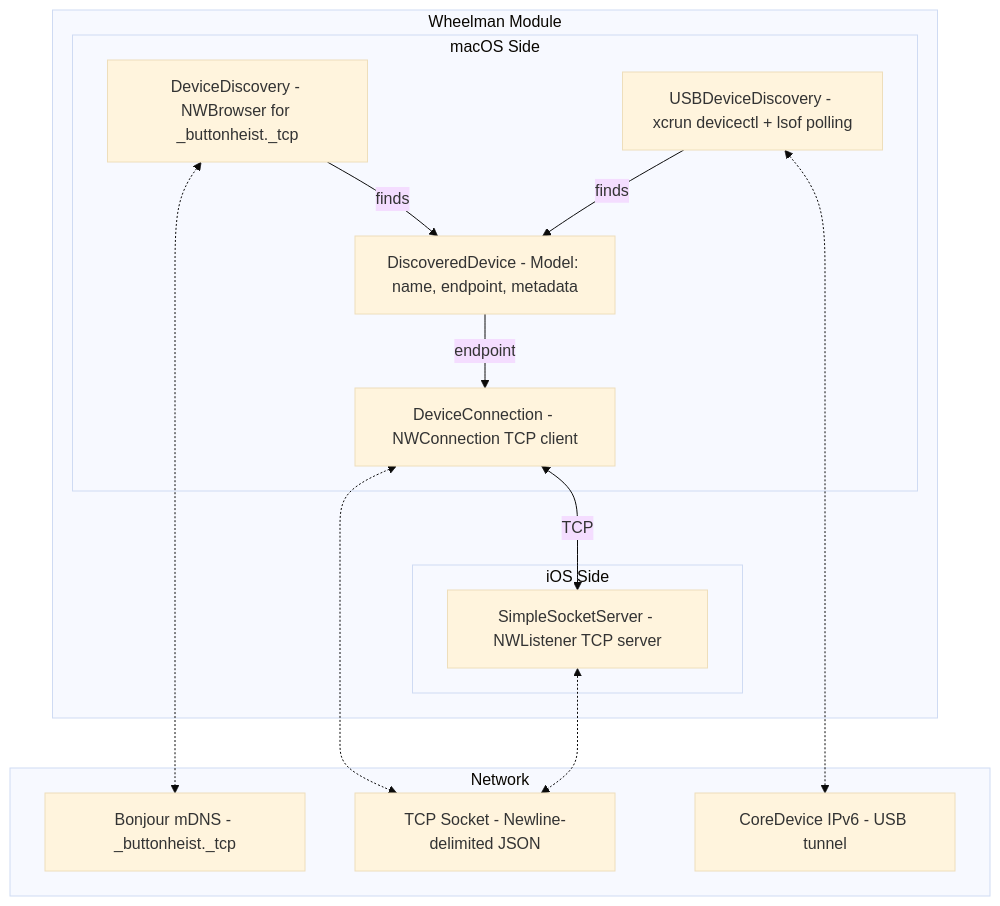
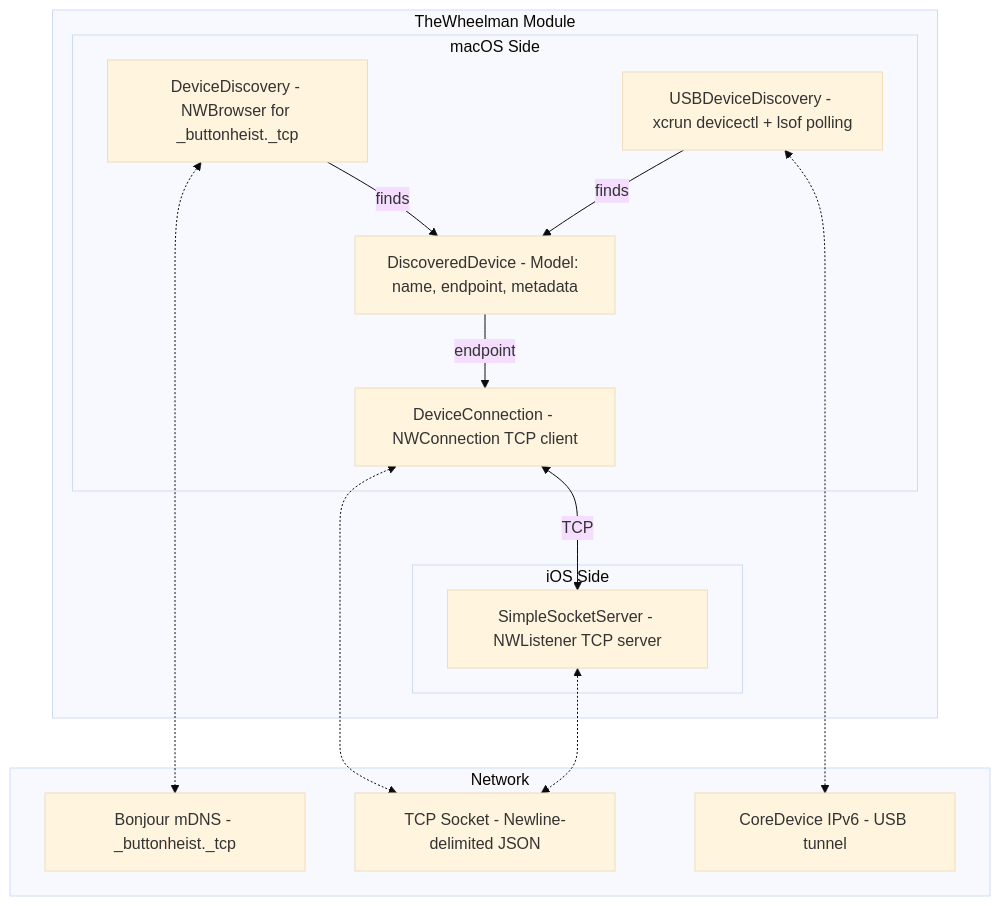
One commit to RoyalPineapple/TheButtonHeist changed the first of 5 diagrams in docs/dossiers/02-THEWHEELMAN.md. Above: the diagram before and after it, drawn with Mermaid (base theme). The commit also changed other lines of this file and 23 other files, not shown here.

First line of the commit message:
Rename Wheelman module to TheWheelman for naming consistency

````diff
--- a/docs/dossiers/02-THEWHEELMAN.md
+++ b/docs/dossiers/02-THEWHEELMAN.md
@@ -20,31 +20,31 @@
 ```mermaid
 graph TD
-    subgraph Wheelman["Wheelman Module"]
+    subgraph TW["TheWheelman Module"]
         subgraph MacOS["macOS Side"]
             Discovery["DeviceDiscovery - NWBrowser for _buttonheist._tcp"]
             Connection["DeviceConnection - NWConnection TCP client"]
             USB["USBDeviceDiscovery - xcrun devicectl + lsof polling"]
             Device["DiscoveredDevice - Model: name, endpoint, metadata"]
         end
 
         subgraph iOS["iOS Side"]
             Server["SimpleSocketServer - NWListener TCP server"]
         end
     end
 
     Discovery -->|finds| Device
     USB -->|finds| Device
     Device -->|endpoint| Connection
     Connection <-->|TCP| Server
 
     subgraph External["Network"]
         Bonjour["Bonjour mDNS - _buttonheist._tcp"]
         TCP["TCP Socket - Newline-delimited JSON"]
         CoreDevice["CoreDevice IPv6 - USB tunnel"]
     end
 
     Discovery <-.-> Bonjour
     Connection <-.-> TCP
     Server <-.-> TCP
     USB <-.-> CoreDevice
 ```
````
